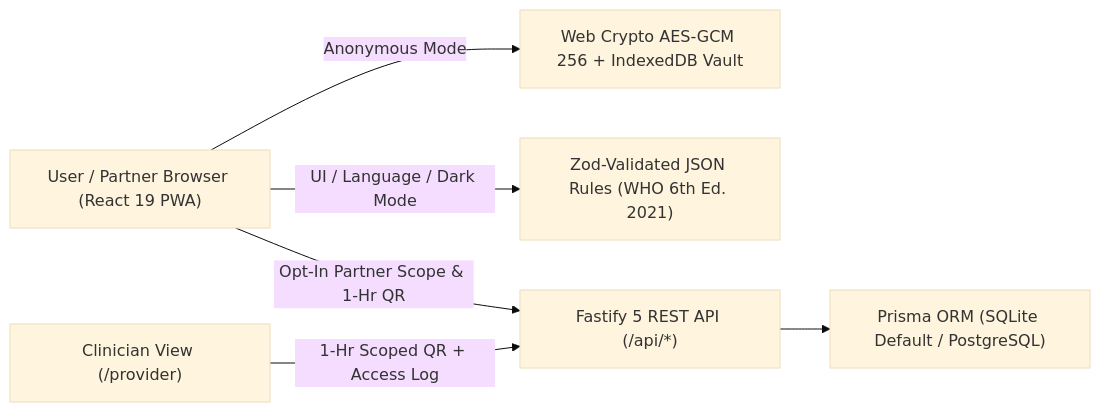
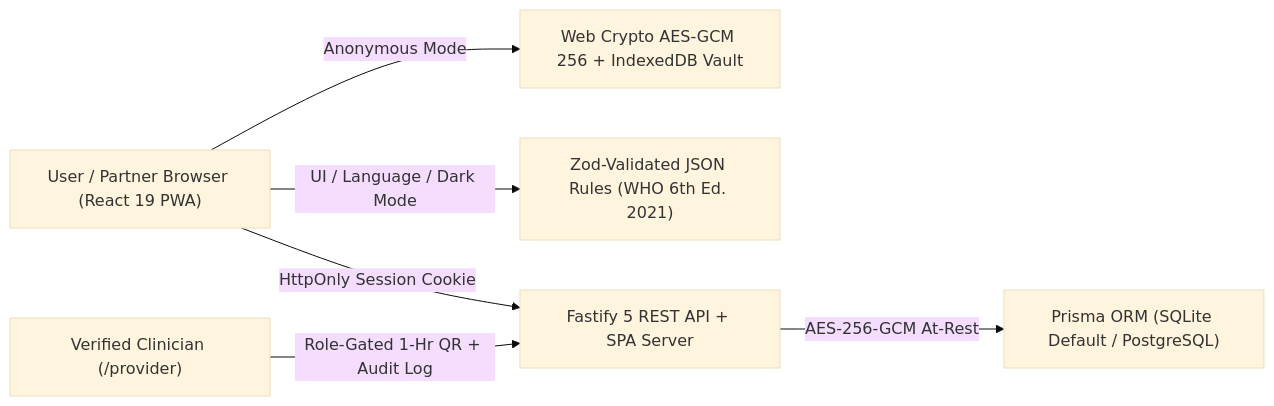
One commit to fabrianivan/side-by-side changed the diagram in README.md. Above: the diagram before and after it, drawn with Mermaid (base theme). The commit also changed other lines of this file and 64 other files, not shown here.

````diff
--- a/README.md
+++ b/README.md
@@ -52,8 +51,8 @@
 ```mermaid
 flowchart LR
   User["User / Partner Browser (React 19 PWA)"] -->|"Anonymous Mode"| Vault["Web Crypto AES-GCM 256 + IndexedDB Vault"]
   User -->|"UI / Language / Dark Mode"| Rules["Zod-Validated JSON Rules (WHO 6th Ed. 2021)"]
-  User -->|"Opt-In Partner Scope & 1-Hr QR"| API["Fastify 5 REST API (/api/*)"]
-  API --> DB["Prisma ORM (SQLite Default / PostgreSQL)"]
-  Clinician["Clinician View (/provider)"] -->|"1-Hr Scoped QR + Access Log"| API
+  User -->|"HttpOnly Session Cookie"| API["Fastify 5 REST API + SPA Server"]
+  API -->|"AES-256-GCM At-Rest"| DB["Prisma ORM (SQLite Default / PostgreSQL)"]
+  Clinician["Verified Clinician (/provider)"] -->|"Role-Gated 1-Hr QR + Audit Log"| API
 ```
````
